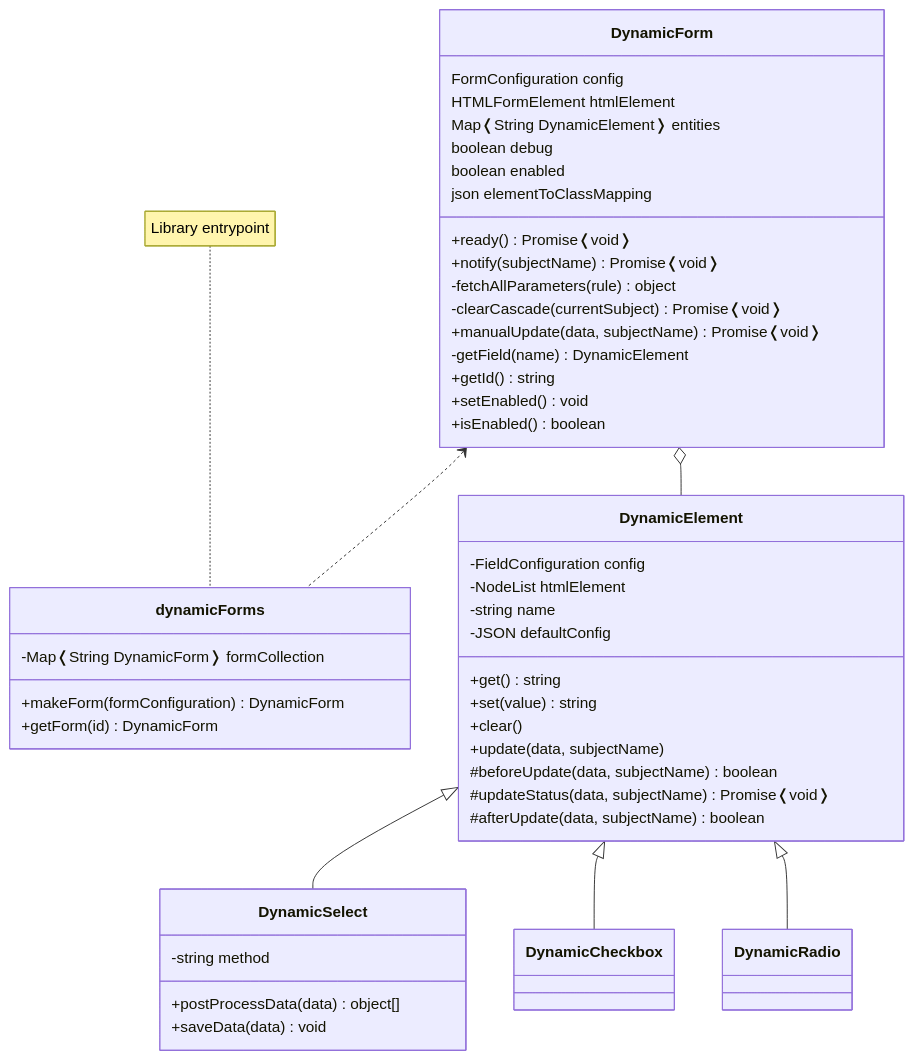
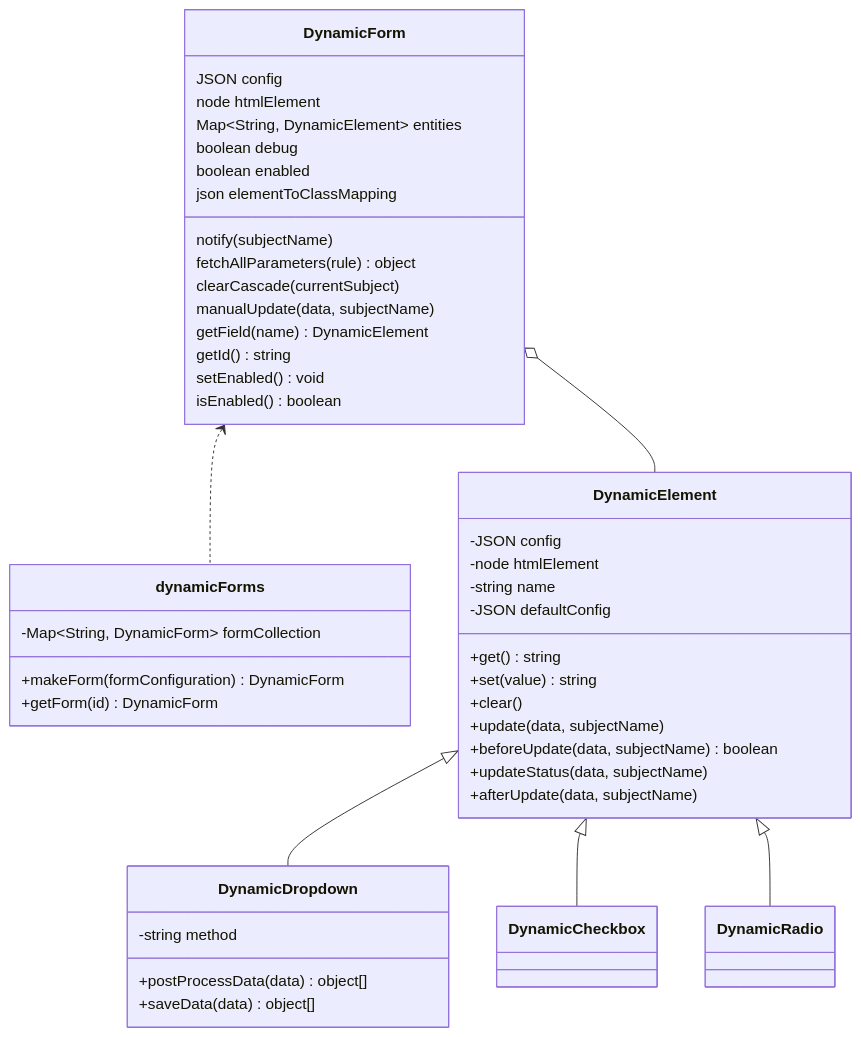
One commit to simomosi/dynamic-forms changed the diagram in docs/classdiagram.mmd. Above: the diagram before and after it, drawn with Mermaid. The commit also changed 28 other files, not shown here.

```diff
--- a/docs/classdiagram.mmd
+++ b/docs/classdiagram.mmd
@@ -1,54 +1,51 @@
 classDiagram
 
     class DynamicForm {
-        FormConfiguration config
-        HTMLFormElement htmlElement
-        Map❬String DynamicElement❭ entities
+        JSON config
+        node htmlElement
+        Map~String, DynamicElement~ entities
         boolean debug
         boolean enabled
         json elementToClassMapping
 
-        +ready() Promise❬void❭
-        +notify(subjectName) Promise❬void❭
-        -fetchAllParameters(rule) object
-        -clearCascade(currentSubject) Promise❬void❭
-        +manualUpdate(data, subjectName) Promise❬void❭
-        -getField(name) DynamicElement
-        +getId() string
-        +setEnabled() void
-        +isEnabled() boolean
+        notify(subjectName)
+        fetchAllParameters(rule) object
+        clearCascade(currentSubject)
+        manualUpdate(data, subjectName)
+        getField(name) DynamicElement
+        getId() string
+        setEnabled() void
+        isEnabled() boolean
     }
 
     class dynamicForms {
-        -Map❬String DynamicForm❭ formCollection
+        -Map~String, DynamicForm~ formCollection
         +makeForm(formConfiguration) DynamicForm
         +getForm(id) DynamicForm
     }
 
-    note for dynamicForms "Library entrypoint"
-
     class DynamicElement {
-        -FieldConfiguration config
-        -NodeList htmlElement
+        -JSON config
+        -node htmlElement
         -string name
         -JSON defaultConfig
         +get() string
         +set(value) string
         +clear()
         +update(data, subjectName)
-        #beforeUpdate(data, subjectName) boolean
-        #updateStatus(data, subjectName) Promise❬void❭
-        #afterUpdate(data, subjectName) boolean
+        +beforeUpdate(data, subjectName) boolean
+        +updateStatus(data, subjectName)
+        +afterUpdate(data, subjectName)
     }
 
-    class DynamicSelect {
+    class DynamicDropdown {
         -string method
         +postProcessData(data) object[]
-        +saveData(data) void
+        +saveData(data) object[]
     }
 
     DynamicForm <.. dynamicForms
     DynamicForm o-- DynamicElement
-    DynamicElement <|-- DynamicSelect
+    DynamicElement <|-- DynamicDropdown
     DynamicElement <|-- DynamicCheckbox
     DynamicElement <|-- DynamicRadio
```
